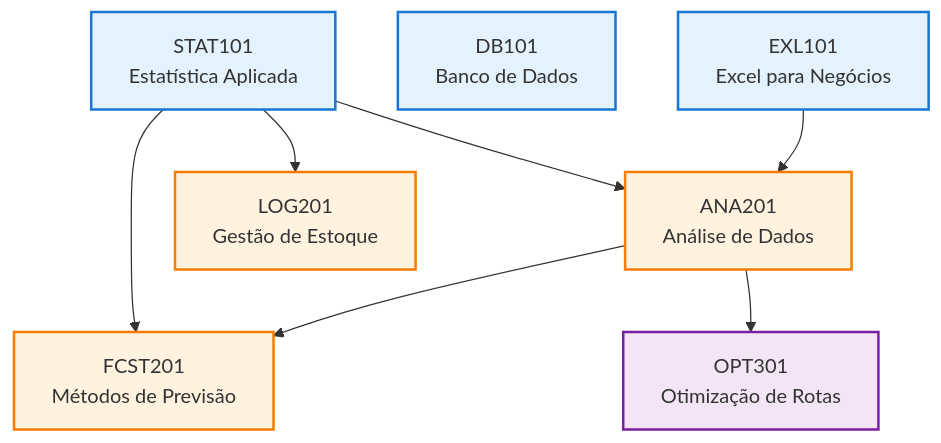
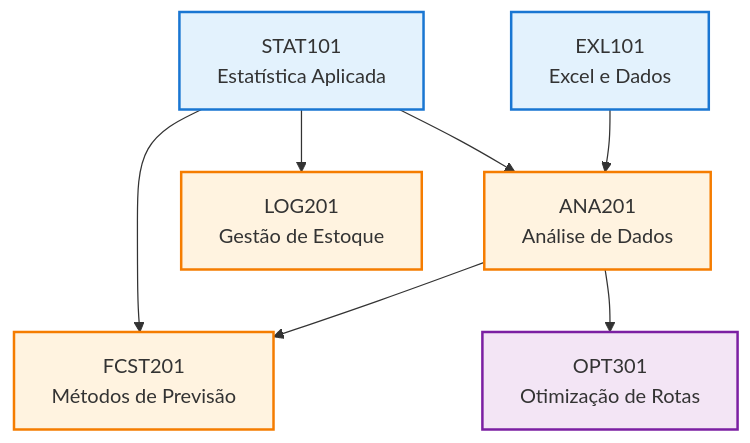
Before and after one commit to userNanni/iefa-classes: the diagram in src/content/docs/cpaint/Previsão de Demanda/index.mdx, drawn with Mermaid. The commit also changed other lines of this file and 9 other files, not shown here.

````diff
--- a/src/content/docs/cpaint/Previsão de Demanda/index.mdx
+++ b/src/content/docs/cpaint/Previsão de Demanda/index.mdx
@@ -74,35 +73,34 @@
 ```mermaid
 flowchart TD
     %% Nível 100
-    EXL101["EXL101<br/>Excel para Negócios"]
-    DB101["DB101<br/>Banco de Dados"]
+    EXL101["EXL101<br/>Excel e Dados"]
     STAT101["STAT101<br/>Estatística Aplicada"]
     
     %% Nível 200
     ANA201["ANA201<br/>Análise de Dados"]
     LOG201["LOG201<br/>Gestão de Estoque"]
     FCST201["FCST201<br/>Métodos de Previsão"]
     
     %% Nível 300
     OPT301["OPT301<br/>Otimização de Rotas"]
     
     %% Pré-requisitos
     STAT101 --> ANA201
     EXL101 --> ANA201
     
     STAT101 --> LOG201
     
     STAT101 --> FCST201
     ANA201 --> FCST201
     
     ANA201 --> OPT301
     
     %% Estilo
     classDef nivel100 fill:#e3f2fd,stroke:#1976d2,stroke-width:2px
     classDef nivel200 fill:#fff3e0,stroke:#f57c00,stroke-width:2px
     classDef nivel300 fill:#f3e5f5,stroke:#7b1fa2,stroke-width:2px
     
-    class EXL101,DB101,STAT101 nivel100
+    class EXL101,STAT101 nivel100
     class ANA201,LOG201,FCST201 nivel200
     class OPT301 nivel300
 ```
````
